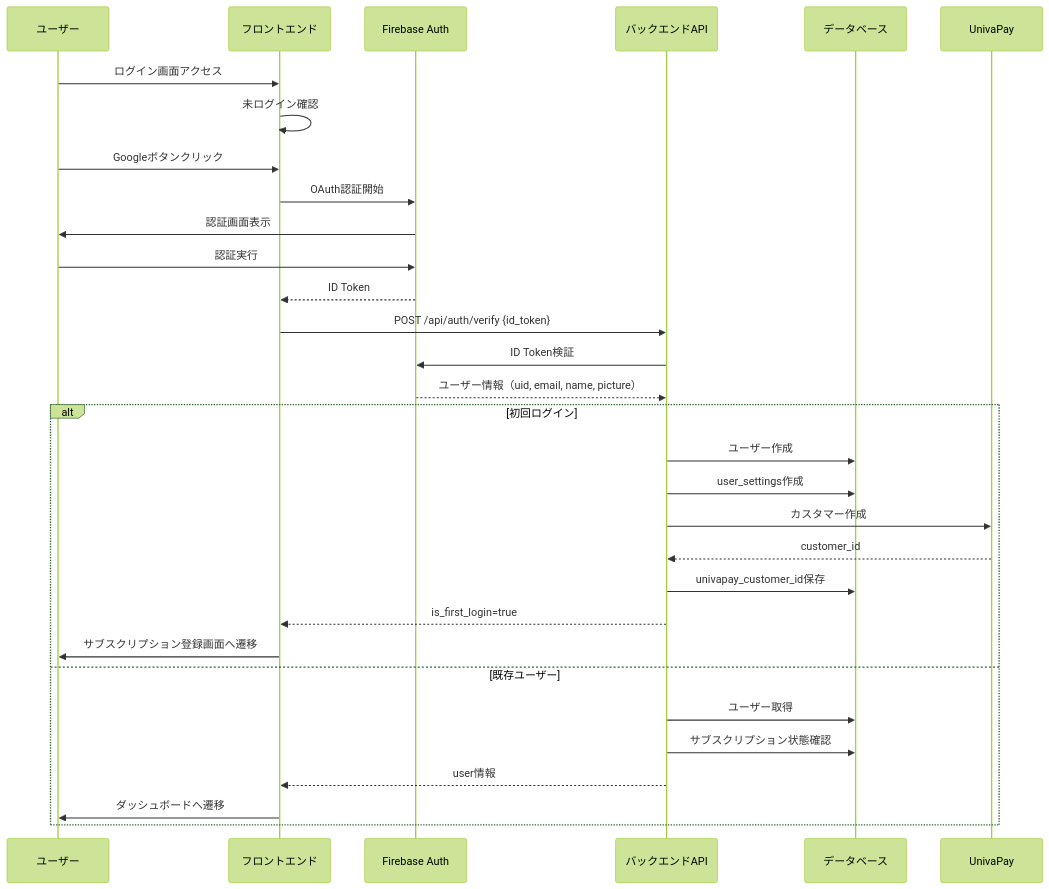
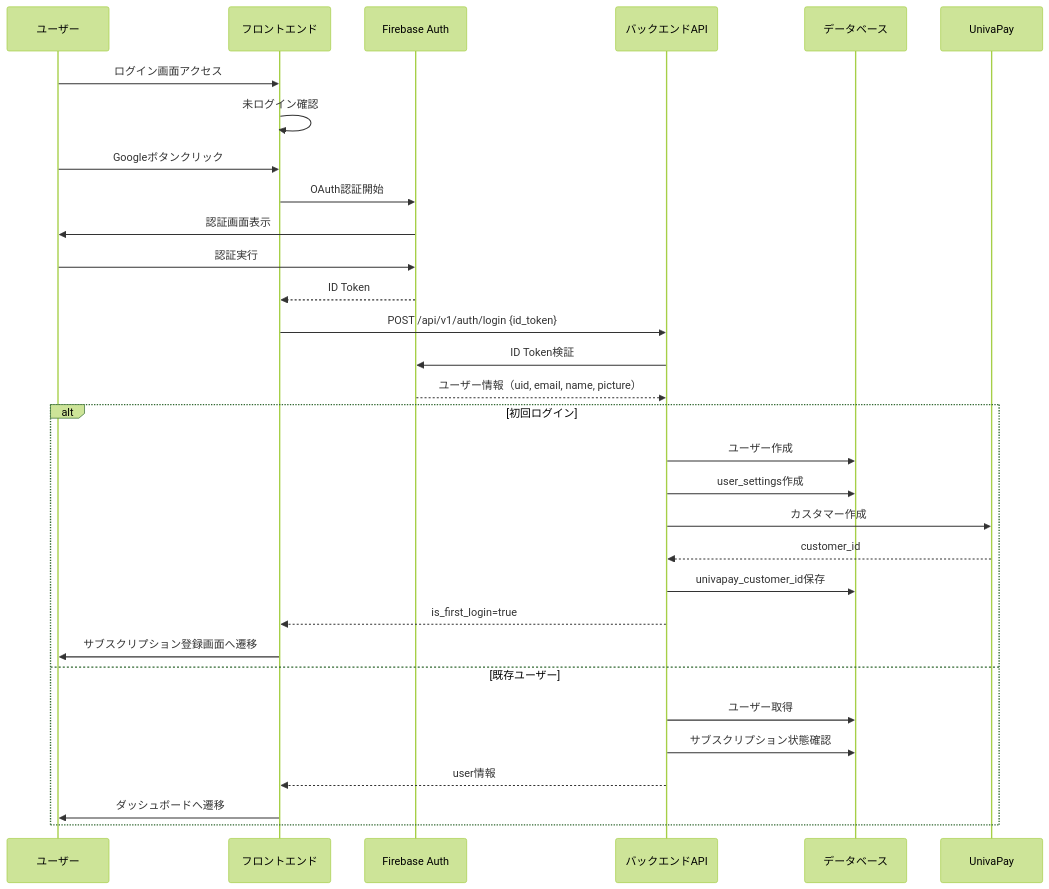
Before and after one commit to RRRRRRR-777/SikouLab: the third of 3 diagrams in docs/functions/auth/login.md, drawn with Mermaid (forest theme). The commit also changed other lines of this file and 3 other files, not shown here.

````diff
--- a/docs/functions/auth/login.md
+++ b/docs/functions/auth/login.md
@@ -146,37 +147,37 @@
 ```mermaid
 sequenceDiagram
     participant User as ユーザー
     participant Front as フロントエンド
     participant Firebase as Firebase Auth
     participant API as バックエンドAPI
     participant DB as データベース
     participant UnivaPay as UnivaPay
 
     User->>Front: ログイン画面アクセス
     Front->>Front: 未ログイン確認
 
     User->>Front: Googleボタンクリック
     Front->>Firebase: OAuth認証開始
     Firebase->>User: 認証画面表示
     User->>Firebase: 認証実行
     Firebase-->>Front: ID Token
 
-    Front->>API: POST /api/auth/verify {id_token}
+    Front->>API: POST /api/v1/auth/login {id_token}
     API->>Firebase: ID Token検証
     Firebase-->>API: ユーザー情報（uid, email, name, picture）
 
     alt 初回ログイン
         API->>DB: ユーザー作成
         API->>DB: user_settings作成
         API->>UnivaPay: カスタマー作成
         UnivaPay-->>API: customer_id
         API->>DB: univapay_customer_id保存
         API-->>Front: is_first_login=true
         Front->>User: サブスクリプション登録画面へ遷移
     else 既存ユーザー
         API->>DB: ユーザー取得
         API->>DB: サブスクリプション状態確認
         API-->>Front: user情報
         Front->>User: ダッシュボードへ遷移
     end
 ```
````
